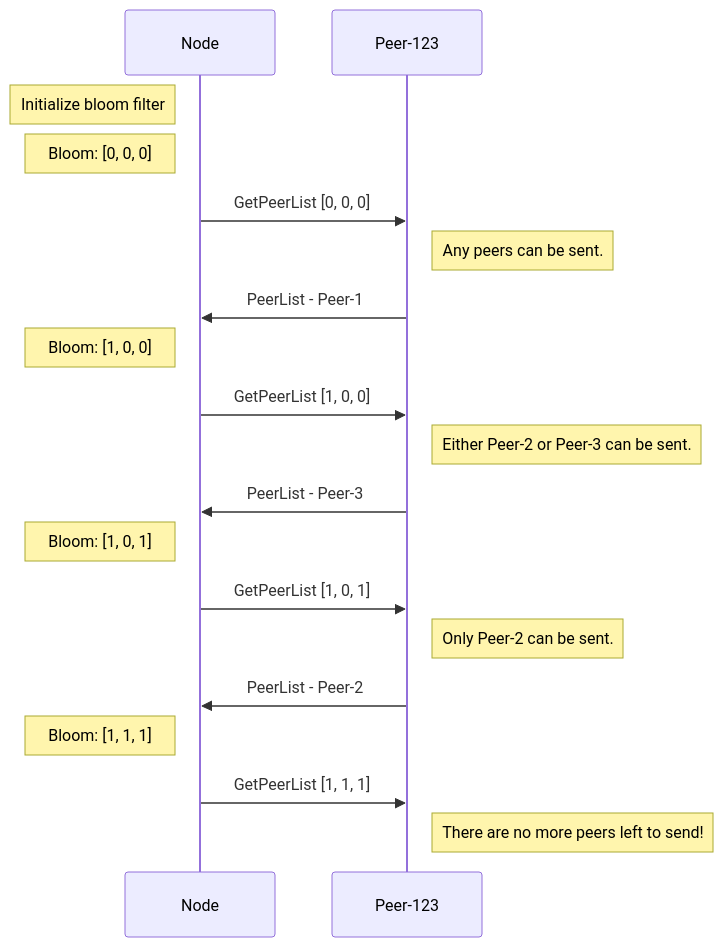
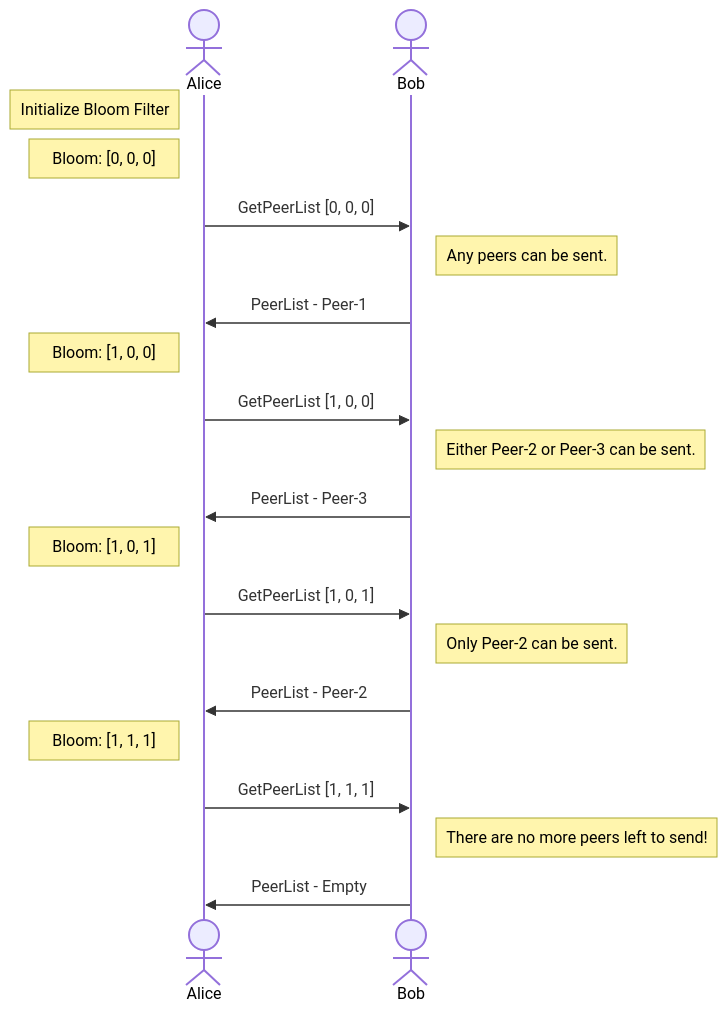
Before and after one commit to ava-labs/avalanchego: the fifth of 5 diagrams in network/README.md, drawn with Mermaid. The commit also changed other lines of this file, not shown here.

````diff
--- a/network/README.md
+++ b/network/README.md
@@ -187,19 +180,22 @@
 ```mermaid
 sequenceDiagram
-Note left of Node: Initialize bloom filter
-Note left of Node: Bloom: [0, 0, 0]
-Node->>Peer-123: GetPeerList [0, 0, 0]
-Note right of Peer-123: Any peers can be sent.
-Peer-123->>Node: PeerList - Peer-1
-Note left of Node: Bloom: [1, 0, 0]
-Node->>Peer-123: GetPeerList [1, 0, 0]
-Note right of Peer-123: Either Peer-2 or Peer-3 can be sent.
-Peer-123->>Node: PeerList - Peer-3
-Note left of Node: Bloom: [1, 0, 1]
-Node->>Peer-123: GetPeerList [1, 0, 1]
-Note right of Peer-123: Only Peer-2 can be sent.
-Peer-123->>Node: PeerList - Peer-2
-Note left of Node: Bloom: [1, 1, 1]
-Node->>Peer-123: GetPeerList [1, 1, 1]
-Note right of Peer-123: There are no more peers left to send!
+    actor Alice
+    actor Bob
+    Note left of Alice: Initialize Bloom Filter
+    Note left of Alice: Bloom: [0, 0, 0]
+    Alice->>Bob: GetPeerList [0, 0, 0]
+    Note right of Bob: Any peers can be sent.
+    Bob->>Alice: PeerList - Peer-1
+    Note left of Alice: Bloom: [1, 0, 0]
+    Alice->>Bob: GetPeerList [1, 0, 0]
+    Note right of Bob: Either Peer-2 or Peer-3 can be sent.
+    Bob->>Alice: PeerList - Peer-3
+    Note left of Alice: Bloom: [1, 0, 1]
+    Alice->>Bob: GetPeerList [1, 0, 1]
+    Note right of Bob: Only Peer-2 can be sent.
+    Bob->>Alice: PeerList - Peer-2
+    Note left of Alice: Bloom: [1, 1, 1]
+    Alice->>Bob: GetPeerList [1, 1, 1]
+    Note right of Bob: There are no more peers left to send!
+    Bob->>Alice: PeerList - Empty
 ```
````
